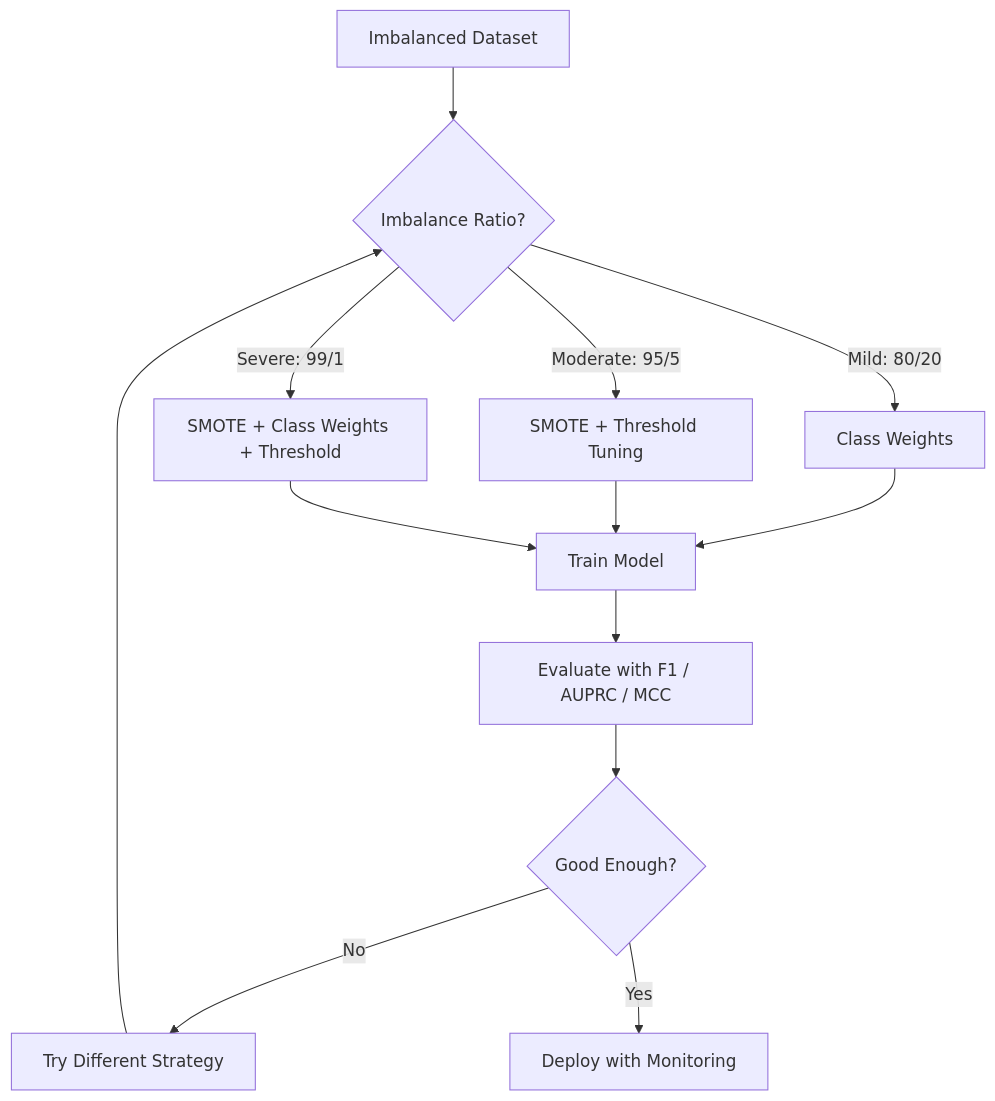
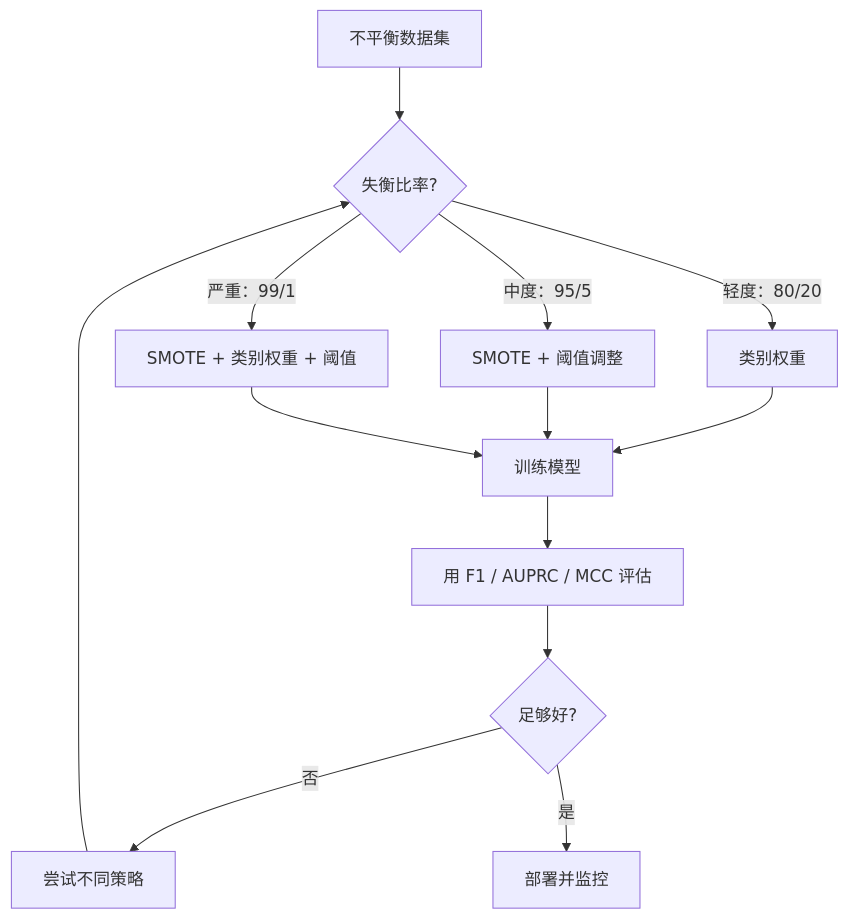
The first of 4 diagrams in lessons/02-ml-fundamentals/17-imbalanced-data/docs/zh.md (guangningsun/ailearning), drawn with Mermaid before and after one commit. The commit also changed other lines of this file and 53 other files, not shown here.

````diff
--- a/lessons/02-ml-fundamentals/17-imbalanced-data/docs/zh.md
+++ b/lessons/02-ml-fundamentals/17-imbalanced-data/docs/zh.md
@@ -60,15 +54,15 @@
 ```mermaid
 flowchart TD
-    A[Imbalanced Dataset] --> B{Imbalance Ratio?}
-    B -->|Mild: 80/20| C[Class Weights]
-    B -->|Moderate: 95/5| D[SMOTE + Threshold Tuning]
-    B -->|Severe: 99/1| E[SMOTE + Class Weights + Threshold]
-    C --> F[Train Model]
+    A[不平衡数据集] --> B{失衡比率?}
+    B -->|轻度：80/20| C[类别权重]
+    B -->|中度：95/5| D[SMOTE + 阈值调整]
+    B -->|严重：99/1| E[SMOTE + 类别权重 + 阈值]
+    C --> F[训练模型]
     D --> F
     E --> F
-    F --> G[Evaluate with F1 / AUPRC / MCC]
-    G --> H{Good Enough?}
-    H -->|No| I[Try Different Strategy]
-    H -->|Yes| J[Deploy with Monitoring]
+    F --> G[用 F1 / AUPRC / MCC 评估]
+    G --> H{足够好?}
+    H -->|否| I[尝试不同策略]
+    H -->|是| J[部署并监控]
     I --> B
 ```
````
